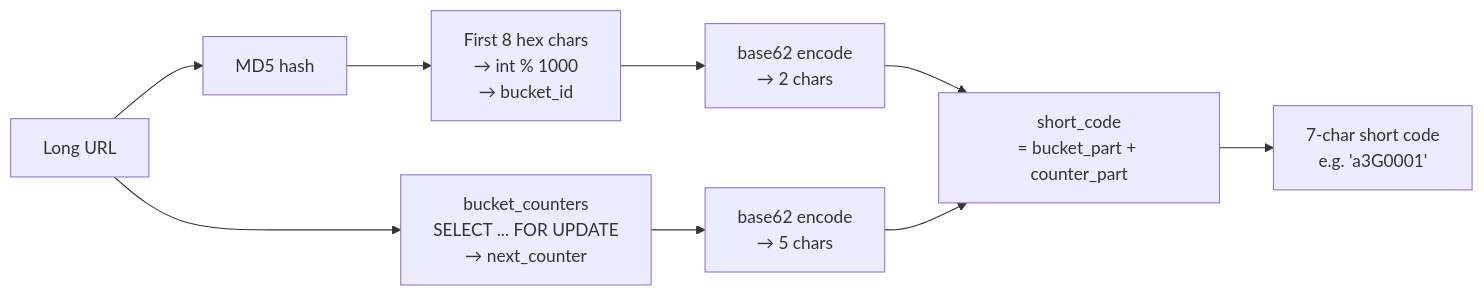
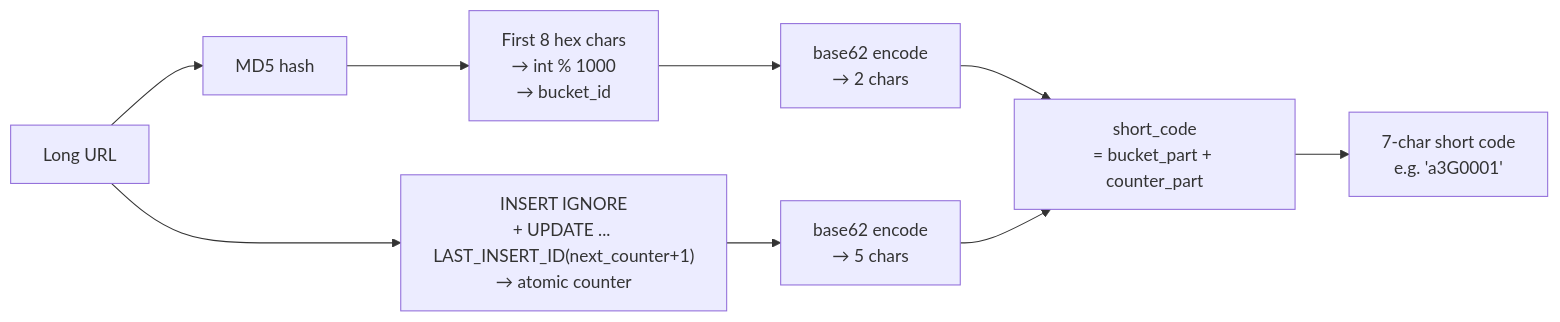
The fifth of 6 diagrams in ARCHITECTURE.md (luiscanaveral/kata-testing), drawn with Mermaid before and after one commit. The commit also changed other lines of this file and 6 other files, not shown here.

````diff
--- a/ARCHITECTURE.md
+++ b/ARCHITECTURE.md
@@ -102,11 +101,11 @@
 ```mermaid
 flowchart LR
     URL["Long URL"] --> MD5["MD5 hash"]
     MD5 --> Bucket["First 8 hex chars\n→ int % 1000\n→ bucket_id"]
     Bucket --> B62_B["base62 encode\n→ 2 chars"]
-    URL --> Counter["bucket_counters\nSELECT ... FOR UPDATE\n→ next_counter"]
+    URL --> Counter["INSERT IGNORE\n+ UPDATE ... LAST_INSERT_ID(next_counter+1)\n→ atomic counter"]
     Counter --> B62_C["base62 encode\n→ 5 chars"]
     B62_B --> Combine["short_code\n= bucket_part + counter_part"]
     B62_C --> Combine
     Combine --> Result["7-char short code\ne.g. 'a3G0001'"]
 ```
````
